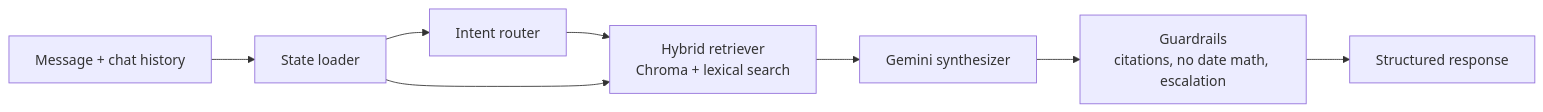
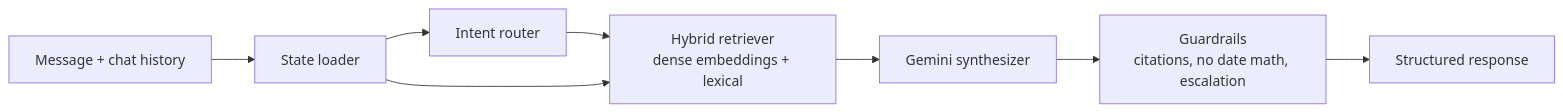
Before and after one commit to sanjeebSubedi/VisaGuard: the second of 2 diagrams in README.md, drawn with Mermaid. The commit also changed other lines of this file, not shown here.

````diff
--- a/README.md
+++ b/README.md
@@ -34,10 +36,10 @@
 ```mermaid
 flowchart LR
     A[Message + chat history] --> B[State loader]
     B --> C[Intent router]
-    C --> D[Hybrid retriever<br/>Chroma + lexical search]
+    C --> D[Hybrid retriever<br/>dense embeddings + lexical]
     B --> D
     D --> E[Gemini synthesizer]
     E --> F[Guardrails<br/>citations, no date math, escalation]
     F --> G[Structured response]
 ```
````
